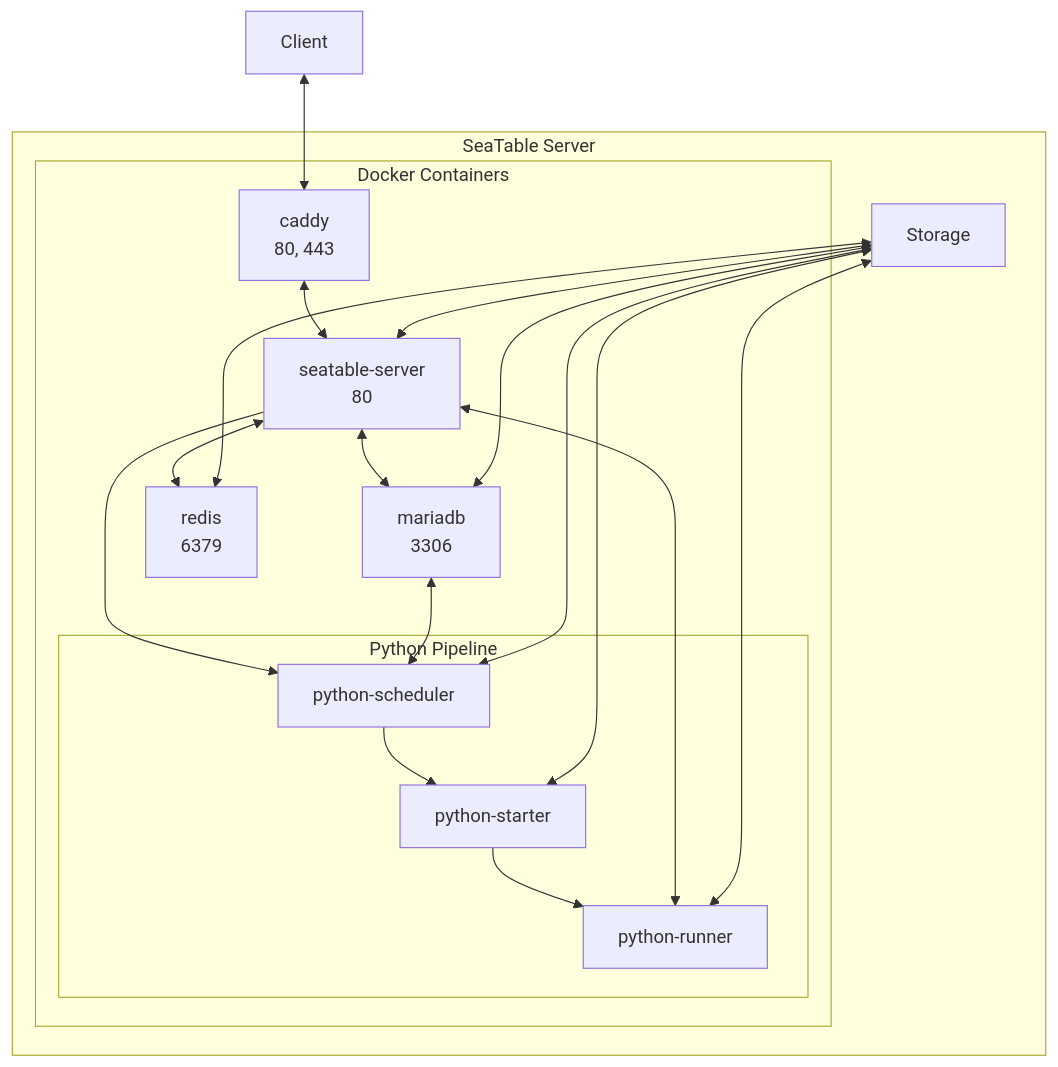
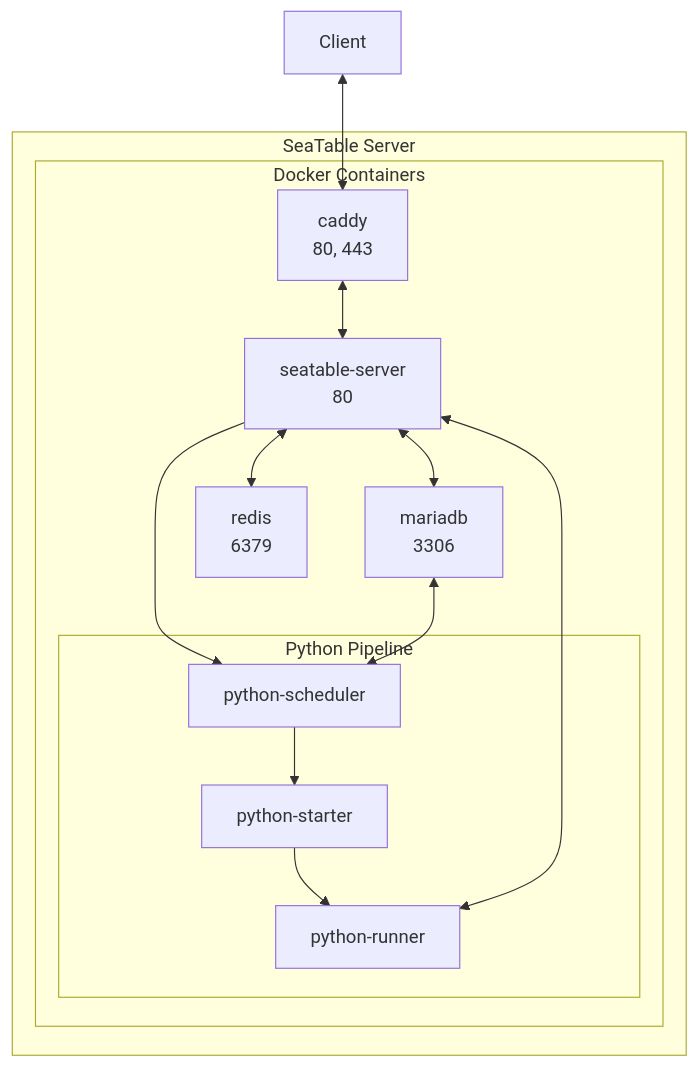
Before and after one commit to seatable/seatable-admin-docs: the second of 3 diagrams in docs/introduction/architecture.md, drawn with Mermaid.

Commit message:
Removed storage for simplicity

````diff
--- a/docs/introduction/architecture.md
+++ b/docs/introduction/architecture.md
@@ -33,32 +33,25 @@
 ```mermaid
 flowchart TB
     Client<-->A
     subgraph s[SeaTable Server]
         subgraph d[Docker Containers]
             A[caddy<br/>80, 443]
             B[seatable-server<br/>80]
             C[mariadb<br/>3306]
             D[redis<br/>6379]
             A<-->B
             B<-->C
             B<-->D
                subgraph p[Python Pipeline]
                   PSc[python-scheduler]
                   PSt[python-starter]
                   PR[python-runner]
                   PSc-->PSt
                   PSt-->PR
                end
             B-->PSc
             B<-->PR
             C<-->PSc
         end
-        F[Storage]
-        F<-->B
-        F<-->C
-        F<-->D
-        F<-->PSc
-        F<-->PSt
-        F<-->PR
     end
 ```
````
